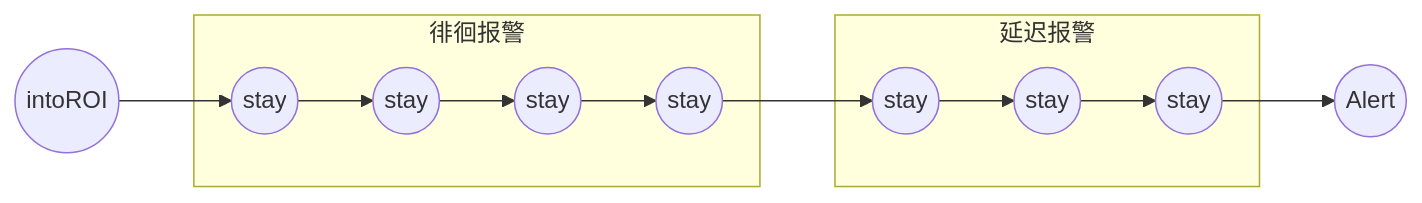
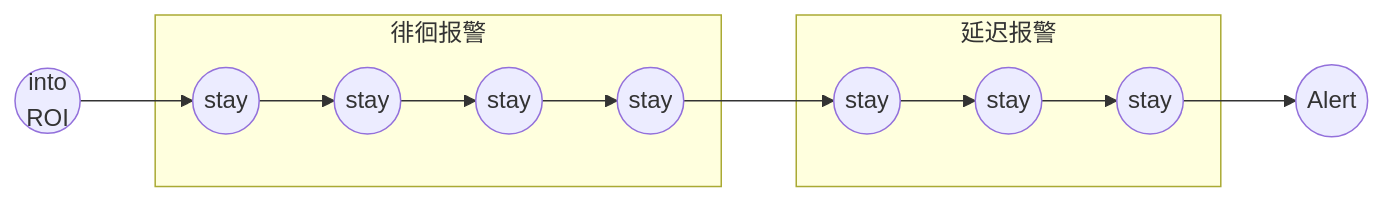
The first of 2 diagrams in buffer/flow-graph.md (cmq2525/my_doc), drawn with Mermaid before and after one commit. The commit also changed other lines of this file, not shown here.

````diff
--- a/buffer/flow-graph.md
+++ b/buffer/flow-graph.md
@@ -1,12 +1,12 @@
 ```mermaid
 flowchart LR
-    Before((intoROI))-->A
+    Before((into<br>ROI))-->A
     subgraph 徘徊报警
     A((stay))-->B((stay))-->C((stay))-->D((stay))
     end
     subgraph 延迟报警
     D-->E((stay))-->F((stay))-->G((stay))
     end
     G-->Alert((Alert))
     
 ```
````
